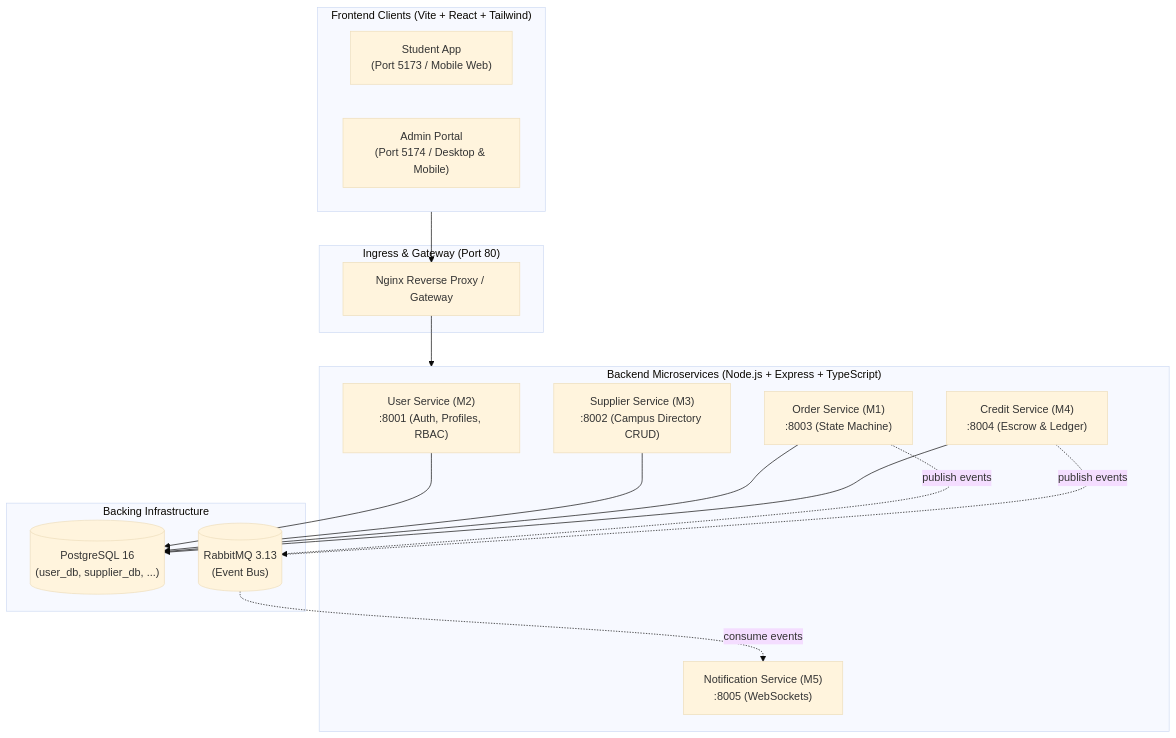
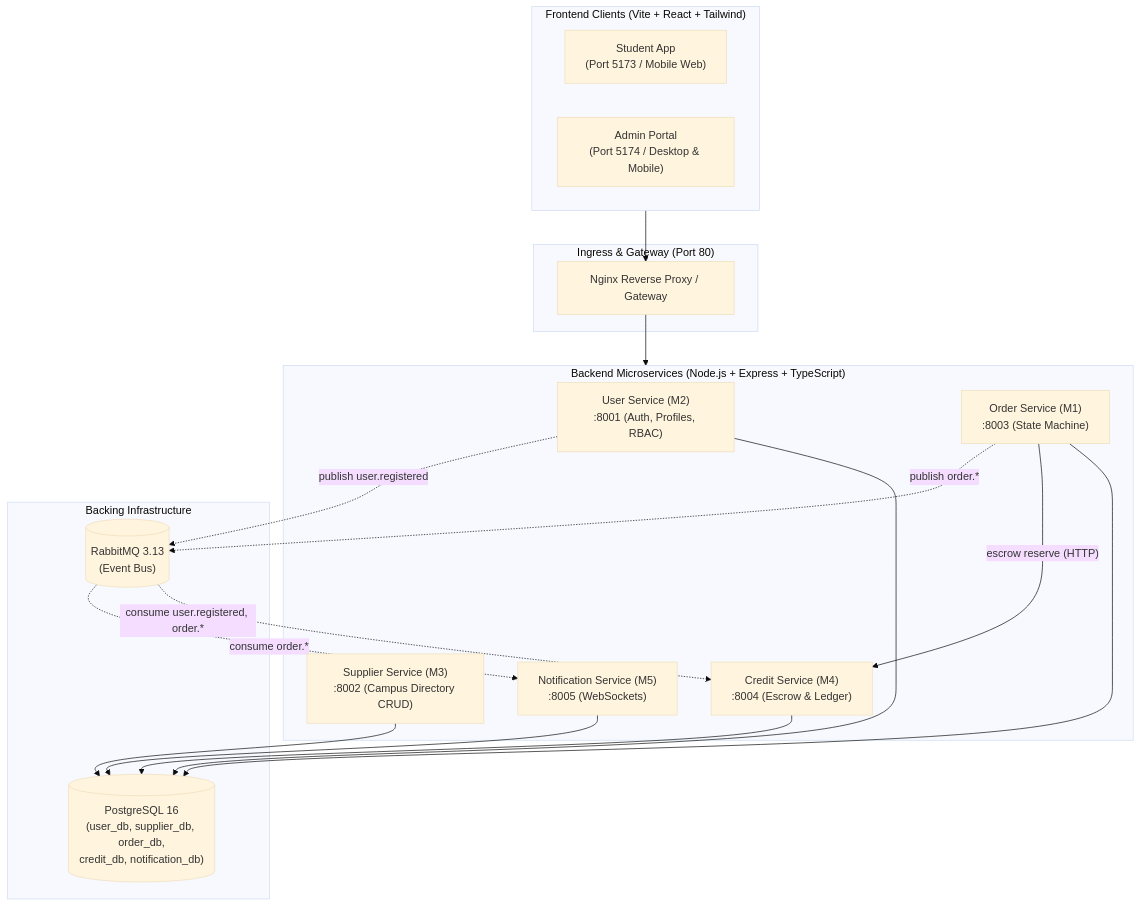
Before and after one commit to AY2627S1-CS3219-P25/friend-on-campus: the diagram in README.md, drawn with Mermaid (base theme). The commit also changed other lines of this file and 7 other files, not shown here.

````diff
--- a/README.md
+++ b/README.md
@@ -46,34 +48,37 @@
 ```mermaid
 flowchart TB
     subgraph Clients["Frontend Clients (Vite + React + Tailwind)"]
         StudentApp["Student App<br/>(Port 5173 / Mobile Web)"]
         AdminApp["Admin Portal<br/>(Port 5174 / Desktop & Mobile)"]
     end
 
     subgraph Gateway["Ingress & Gateway (Port 80)"]
         Nginx["Nginx Reverse Proxy / Gateway"]
     end
 
     subgraph Services["Backend Microservices (Node.js + Express + TypeScript)"]
         UserSvc["User Service (M2)<br/>:8001 (Auth, Profiles, RBAC)"]
         SupplierSvc["Supplier Service (M3)<br/>:8002 (Campus Directory CRUD)"]
         OrderSvc["Order Service (M1)<br/>:8003 (State Machine)"]
         CreditSvc["Credit Service (M4)<br/>:8004 (Escrow & Ledger)"]
         NotifSvc["Notification Service (M5)<br/>:8005 (WebSockets)"]
     end
 
     subgraph Storage["Backing Infrastructure"]
-        Postgres[("PostgreSQL 16<br/>(user_db, supplier_db, ...)")]
+        Postgres[("PostgreSQL 16<br/>(user_db, supplier_db, order_db,<br/>credit_db, notification_db)")]
         RabbitMQ[("RabbitMQ 3.13<br/>(Event Bus)")]
     end
 
     Clients --> Nginx
     Nginx --> Services
     UserSvc --> Postgres
     SupplierSvc --> Postgres
     OrderSvc --> Postgres
     CreditSvc --> Postgres
-    OrderSvc -.->|"publish events"| RabbitMQ
-    CreditSvc -.->|"publish events"| RabbitMQ
-    RabbitMQ -.->|"consume events"| NotifSvc
+    NotifSvc --> Postgres
+    OrderSvc -->|"escrow reserve (HTTP)"| CreditSvc
+    UserSvc -.->|"publish user.registered"| RabbitMQ
+    OrderSvc -.->|"publish order.*"| RabbitMQ
+    RabbitMQ -.->|"consume user.registered, order.*"| CreditSvc
+    RabbitMQ -.->|"consume order.*"| NotifSvc
 ```
````
